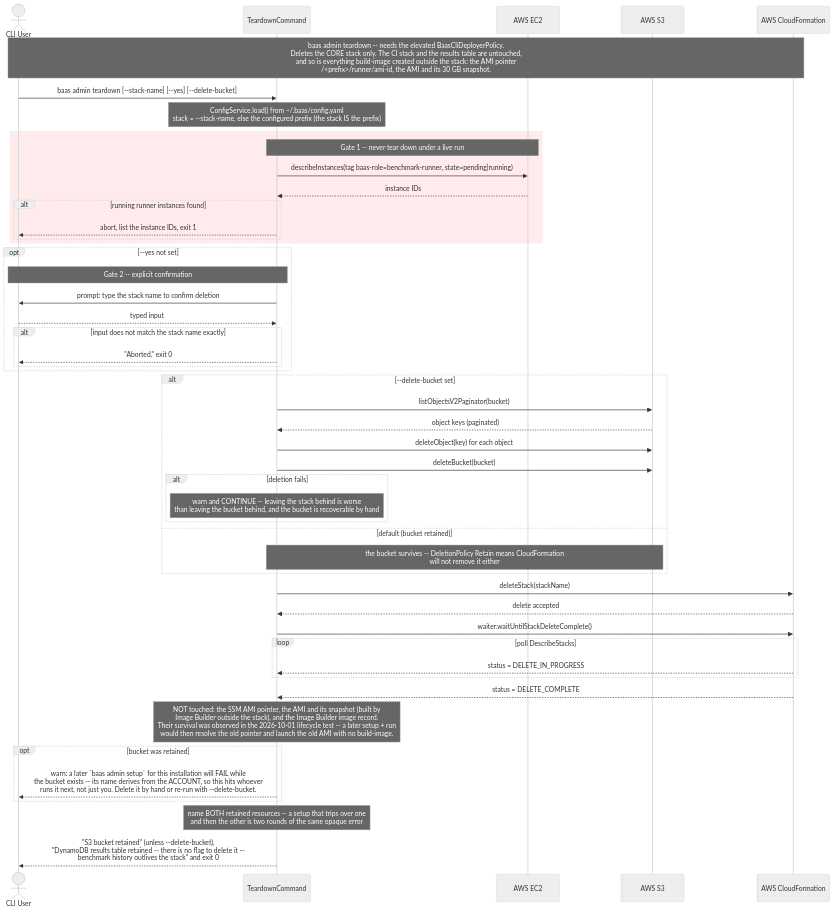
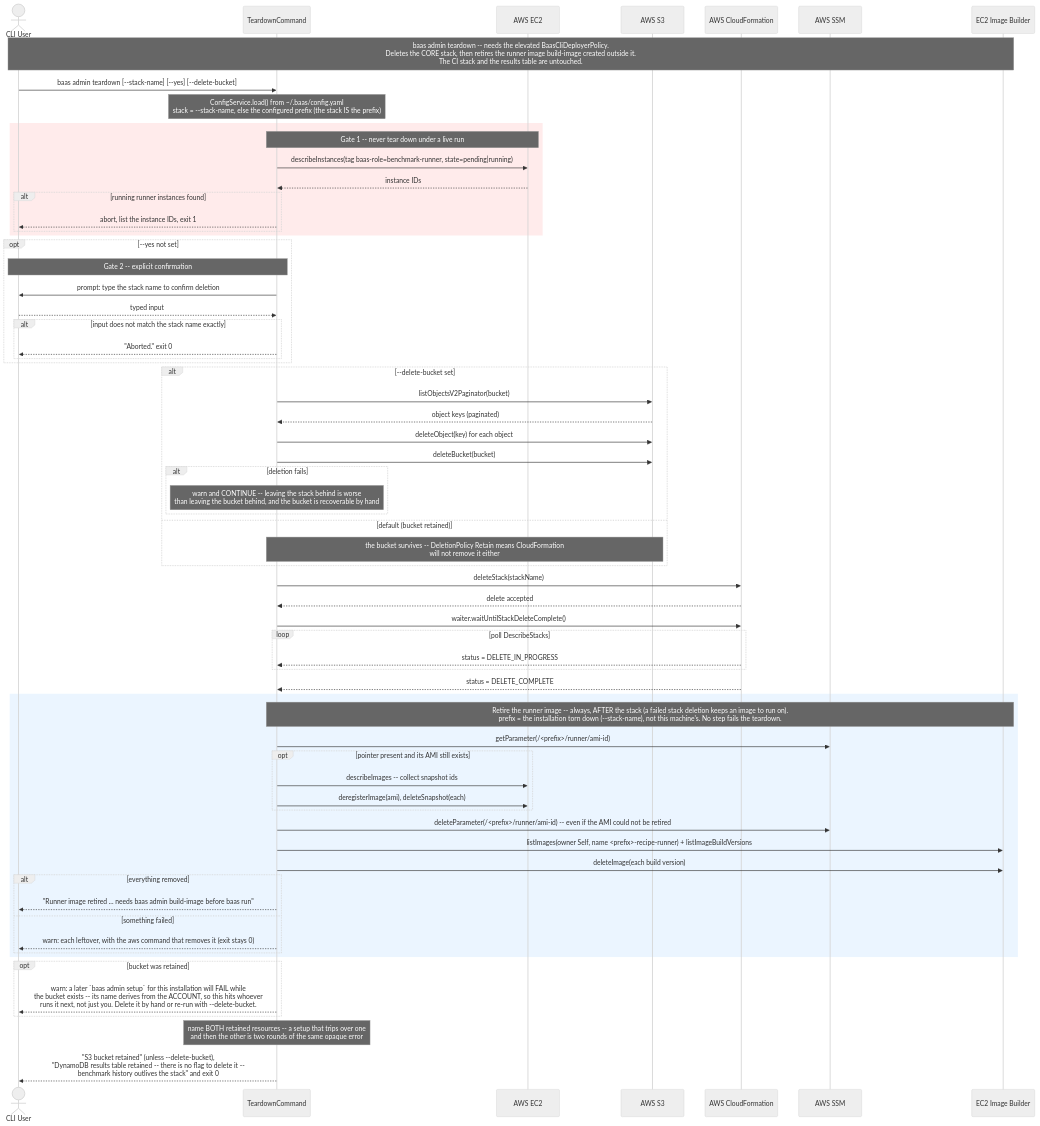
Before and after one commit to wsztajerowski/benchmark-as-a-service: the diagram in docs/diagrams/baas-teardown.mmd, drawn with Mermaid (neutral theme). The commit also changed 5 other files, not shown here.

First line of the commit message:
docs: record that teardown retires the runner image

```diff
--- a/docs/diagrams/baas-teardown.mmd
+++ b/docs/diagrams/baas-teardown.mmd
@@ -1,56 +1,73 @@
 sequenceDiagram
     actor User as CLI User
     participant TD as TeardownCommand
     participant EC2 as AWS EC2
     participant S3 as AWS S3
     participant CF as AWS CloudFormation
+    participant SSM as AWS SSM
+    participant IB as EC2 Image Builder
 
-    Note over User,CF: baas admin teardown -- needs the elevated BaasCliDeployerPolicy.<br/>Deletes the CORE stack only. The CI stack and the results table are untouched,<br/>and so is everything build-image created outside the stack: the AMI pointer<br/>/<prefix>/runner/ami-id, the AMI and its 30 GB snapshot.
+    Note over User,IB: baas admin teardown -- needs the elevated BaasCliDeployerPolicy.<br/>Deletes the CORE stack, then retires the runner image build-image created outside it.<br/>The CI stack and the results table are untouched.
     User->>TD: baas admin teardown [--stack-name] [--yes] [--delete-bucket]
     Note over TD: ConfigService.load() from ~/.baas/config.yaml<br/>stack = --stack-name, else the configured prefix (the stack IS the prefix)
 
     rect rgb(255, 235, 235)
         Note over TD,EC2: Gate 1 -- never tear down under a live run
         TD->>EC2: describeInstances(tag baas-role=benchmark-runner, state=pending|running)
         EC2-->>TD: instance IDs
         alt running runner instances found
             TD-->>User: abort, list the instance IDs, exit 1
         end
     end
 
     opt --yes not set
         Note over TD,User: Gate 2 -- explicit confirmation
         TD->>User: prompt: type the stack name to confirm deletion
         User-->>TD: typed input
         alt input does not match the stack name exactly
             TD-->>User: "Aborted." exit 0
         end
     end
 
     alt --delete-bucket set
         TD->>S3: listObjectsV2Paginator(bucket)
         S3-->>TD: object keys (paginated)
         TD->>S3: deleteObject(key) for each object
         TD->>S3: deleteBucket(bucket)
         alt deletion fails
             Note over TD: warn and CONTINUE -- leaving the stack behind is worse<br/>than leaving the bucket behind, and the bucket is recoverable by hand
         end
     else default (bucket retained)
         Note over TD,S3: the bucket survives -- DeletionPolicy Retain means CloudFormation<br/>will not remove it either
     end
 
     TD->>CF: deleteStack(stackName)
     CF-->>TD: delete accepted
     TD->>CF: waiter.waitUntilStackDeleteComplete()
     loop poll DescribeStacks
         CF-->>TD: status = DELETE_IN_PROGRESS
     end
     CF-->>TD: status = DELETE_COMPLETE
 
-    Note over TD: NOT touched: the SSM AMI pointer, the AMI and its snapshot (built by<br/>Image Builder outside the stack), and the Image Builder image record.<br/>Their survival was observed in the 2026-10-01 lifecycle test -- a later setup + run<br/>would then resolve the old pointer and launch the old AMI with no build-image.
+    rect rgb(235, 245, 255)
+        Note over TD,IB: Retire the runner image -- always, AFTER the stack (a failed stack deletion keeps an image to run on).<br/>prefix = the installation torn down (--stack-name), not this machine's. No step fails the teardown.
+        TD->>SSM: getParameter(/<prefix>/runner/ami-id)
+        opt pointer present and its AMI still exists
+            TD->>EC2: describeImages -- collect snapshot ids
+            TD->>EC2: deregisterImage(ami), deleteSnapshot(each)
+        end
+        TD->>SSM: deleteParameter(/<prefix>/runner/ami-id) -- even if the AMI could not be retired
+        TD->>IB: listImages(owner Self, name <prefix>-recipe-runner) + listImageBuildVersions
+        TD->>IB: deleteImage(each build version)
+        alt everything removed
+            TD-->>User: "Runner image retired ... needs baas admin build-image before baas run"
+        else something failed
+            TD-->>User: warn: each leftover, with the aws command that removes it (exit stays 0)
+        end
+    end
 
     opt bucket was retained
         TD-->>User: warn: a later `baas admin setup` for this installation will FAIL while<br/>the bucket exists -- its name derives from the ACCOUNT, so this hits whoever<br/>runs it next, not just you. Delete it by hand or re-run with --delete-bucket.
     end
     Note over TD: name BOTH retained resources -- a setup that trips over one<br/>and then the other is two rounds of the same opaque error
     TD-->>User: "S3 bucket retained" (unless --delete-bucket),<br/>"DynamoDB results table retained -- there is no flag to delete it --<br/>benchmark history outlives the stack" and exit 0
```
